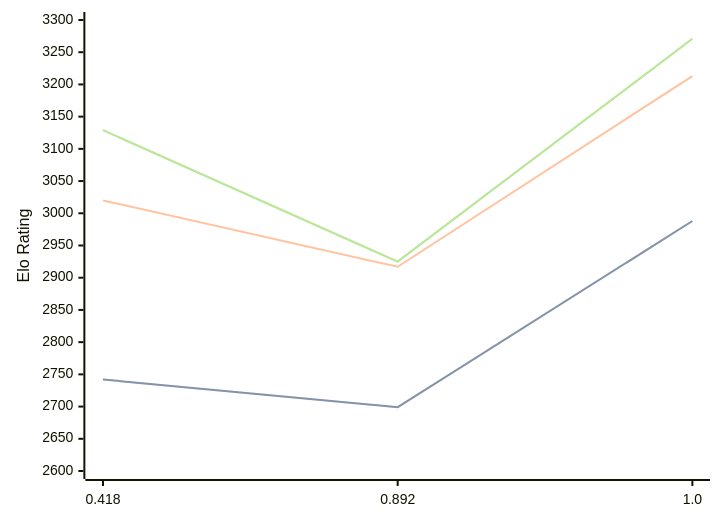
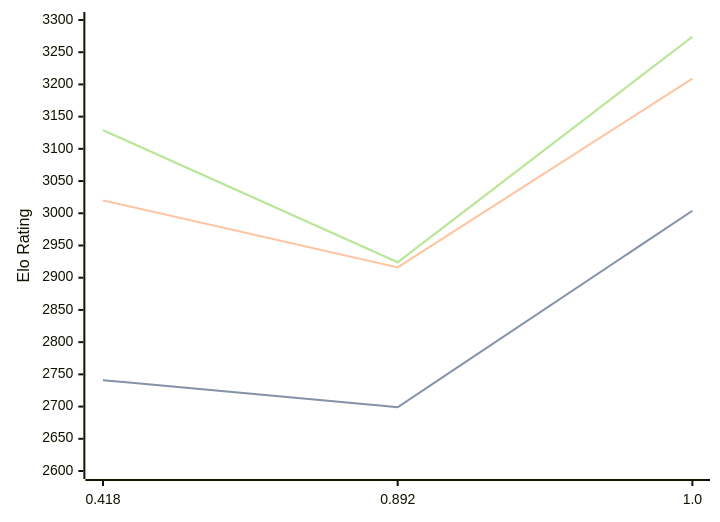
One commit to computer-chess-index/cci changed the diagram in engines/Malika.md. Above: the diagram before and after it, drawn with Mermaid. The commit also changed other lines of this file, not shown here.

Commit message:
Update CCI Ratings (ELO VLTC) - 2026-03-30

````diff
--- a/engines/Malika.md
+++ b/engines/Malika.md
@@ -33,11 +33,11 @@
 ```mermaid
 %%{init: {"theme":"base","themeVariables":{"seriesColors:['#a3a3a3','#222221','#faa371']}}}%%
 xychart-beta
   x-axis ["0.418", "0.892", "1.0"]
   y-axis "Elo Rating" 2600 --> 3300
-  line "STC (8.0+0.08s)" [2742, 2699, 2988]
-  line "STC (8.0+0.08s)" [2742, 2699, 2988]
-  line "LTC (60.0+0.60s)" [3020, 2917, 3213]
-  line "VLTC (2m24s+1.12s)" [3129, 2925, 3271]
-  line "VLTC (2m24s+1.12s)" [3129, 2925, 3271]
+  line "STC (8.0+0.08s)" [2741, 2699, 3004]
+  line "STC (8.0+0.08s)" [2741, 2699, 3004]
+  line "LTC (60.0+0.60s)" [3020, 2916, 3209]
+  line "VLTC (2m24s+1.12s)" [3129, 2924, 3274]
+  line "VLTC (2m24s+1.12s)" [3129, 2924, 3274]
 ```
````
